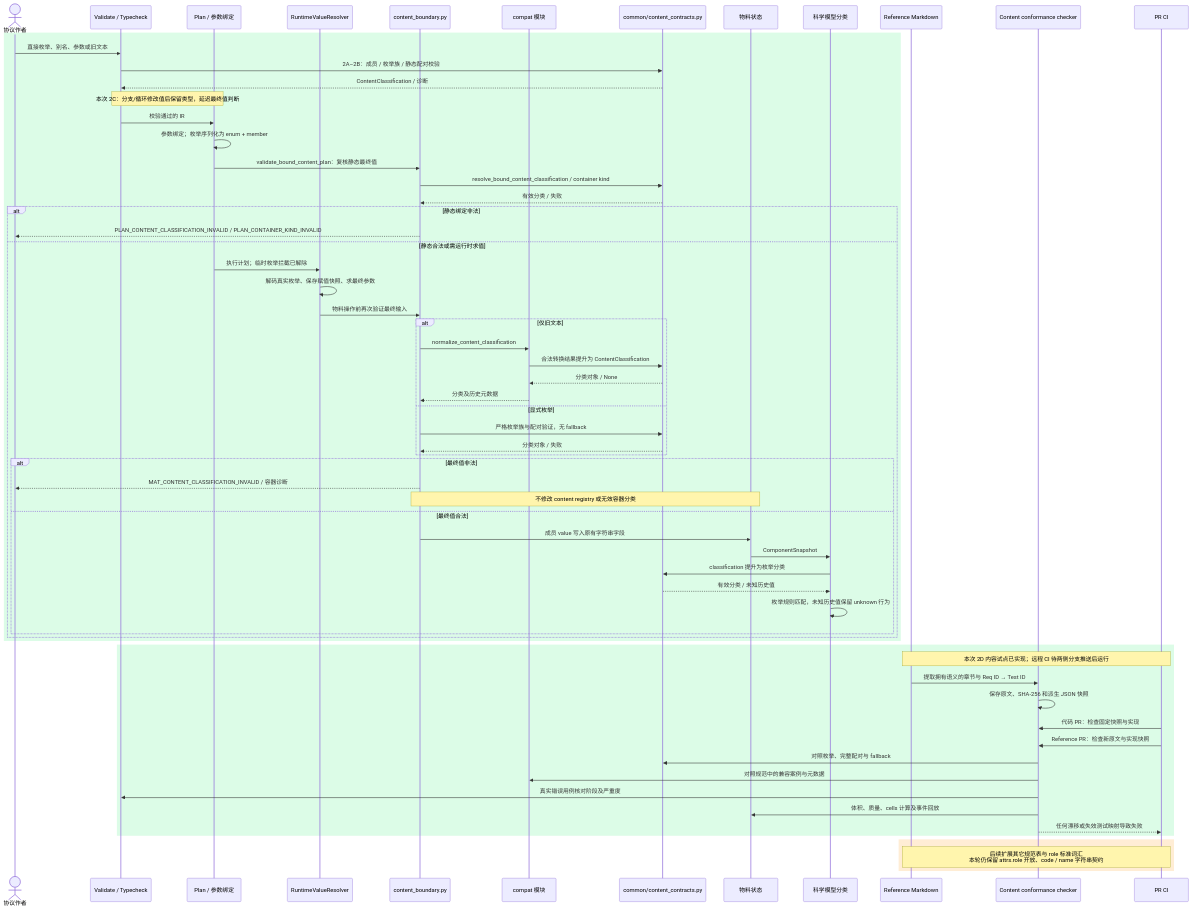
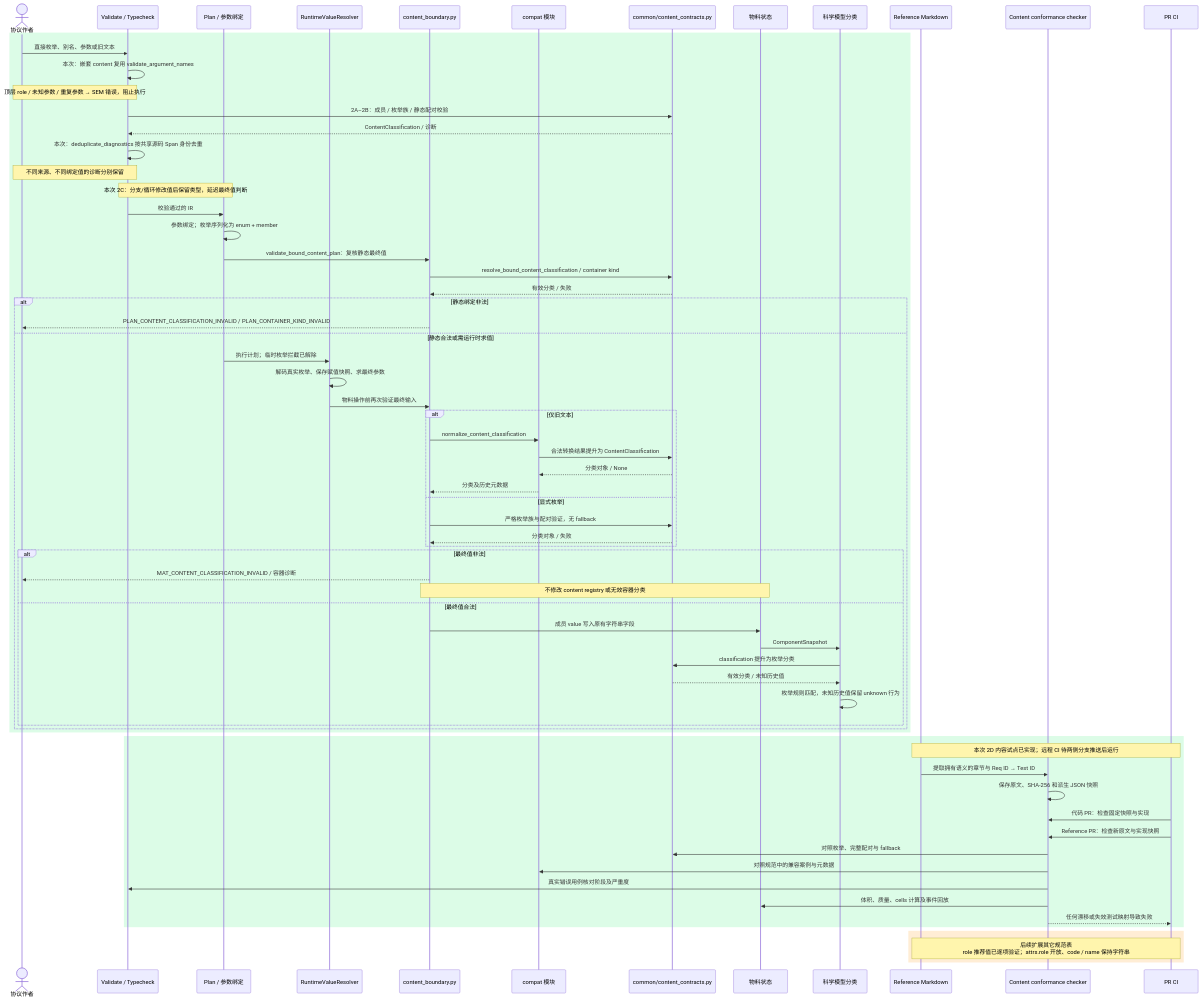
Before and after one commit to culsma/culsma: the second of 3 diagrams in docs/architecture/pipeline/validate_module_diagrams.md, drawn with Mermaid. The commit also changed other lines of this file and 7 other files, not shown here.

Commit message:
fix(content): validate nested arguments and deduplicate source diagnostics

````diff
--- a/docs/architecture/pipeline/validate_module_diagrams.md
+++ b/docs/architecture/pipeline/validate_module_diagrams.md
@@ -51,68 +53,72 @@
 ```mermaid
 sequenceDiagram
     actor Author as 协议作者
     participant Check as Validate / Typecheck
     participant Plan as Plan / 参数绑定
     participant Values as RuntimeValueResolver
     participant Boundary as content_boundary.py
     participant Legacy as compat 模块
     participant Shared as common/content_contracts.py
     participant Material as 物料状态
     participant Science as 科学模型分类
     participant Reference as Reference Markdown
     participant Conformance as Content conformance checker
     participant CI as PR CI
 
     rect rgb(220, 252, 231)
         Author->>Check: 直接枚举、别名、参数或旧文本
+        Check->>Check: 本次：嵌套 content 复用 validate_argument_names
+        Note over Author, Check: 顶层 role / 未知参数 / 重复参数 → SEM 错误，阻止执行
         Check->>Shared: 2A–2B：成员 / 枚举族 / 静态配对校验
         Shared-->>Check: ContentClassification / 诊断
+        Check->>Check: 本次：deduplicate_diagnostics 按共享源码 Span 身份去重
+        Note over Author, Check: 不同来源、不同绑定值的诊断分别保留
         Note over Check, Plan: 本次 2C：分支/循环修改值后保留类型，延迟最终值判断
         Check->>Plan: 校验通过的 IR
         Plan->>Plan: 参数绑定；枚举序列化为 enum + member
         Plan->>Boundary: validate_bound_content_plan：复核静态最终值
         Boundary->>Shared: resolve_bound_content_classification / container kind
         Shared-->>Boundary: 有效分类 / 失败
         alt 静态绑定非法
             Boundary-->>Author: PLAN_CONTENT_CLASSIFICATION_INVALID / PLAN_CONTAINER_KIND_INVALID
         else 静态合法或需运行时求值
             Plan->>Values: 执行计划；临时枚举拦截已解除
             Values->>Values: 解码真实枚举、保存赋值快照、求最终参数
             Values->>Boundary: 物料操作前再次验证最终输入
             alt 仅旧文本
                 Boundary->>Legacy: normalize_content_classification
                 Legacy->>Shared: 合法转换结果提升为 ContentClassification
                 Shared-->>Legacy: 分类对象 / None
                 Legacy-->>Boundary: 分类及历史元数据
             else 显式枚举
                 Boundary->>Shared: 严格枚举族与配对验证，无 fallback
                 Shared-->>Boundary: 分类对象 / 失败
             end
             alt 最终值非法
                 Boundary-->>Author: MAT_CONTENT_CLASSIFICATION_INVALID / 容器诊断
                 Note over Boundary, Material: 不修改 content registry 或无效容器分类
             else 最终值合法
                 Boundary->>Material: 成员 value 写入原有字符串字段
                 Material->>Science: ComponentSnapshot
                 Science->>Shared: classification 提升为枚举分类
                 Shared-->>Science: 有效分类 / 未知历史值
                 Science->>Science: 枚举规则匹配，未知历史值保留 unknown 行为
             end
         end
     end
     rect rgb(220, 252, 231)
         Note over Reference, CI: 本次 2D 内容试点已实现；远程 CI 待两侧分支推送后运行
         Reference->>Conformance: 提取拥有语义的章节与 Req ID → Test ID
         Conformance->>Conformance: 保存原文、SHA-256 和派生 JSON 快照
         CI->>Conformance: 代码 PR：检查固定快照与实现
         CI->>Conformance: Reference PR：检查新原文与实现快照
         Conformance->>Shared: 对照枚举、完整配对与 fallback
         Conformance->>Legacy: 对照规范中的兼容案例与元数据
         Conformance->>Check: 真实错误用例核对阶段及严重度
         Conformance->>Material: 体积、质量、cells 计算及事件回放
         Conformance-->>CI: 任何漂移或失效测试映射导致失败
     end
     rect rgb(255, 237, 213)
-        Note over Reference, CI: 后续扩展其它规范表与 role 标准词汇<br/>本轮仍保留 attrs.role 开放、code / name 字符串契约
+        Note over Reference, CI: 后续扩展其它规范表<br/>role 推荐值已逐项验证；attrs.role 开放、code / name 保持字符串
     end
 ```
````
